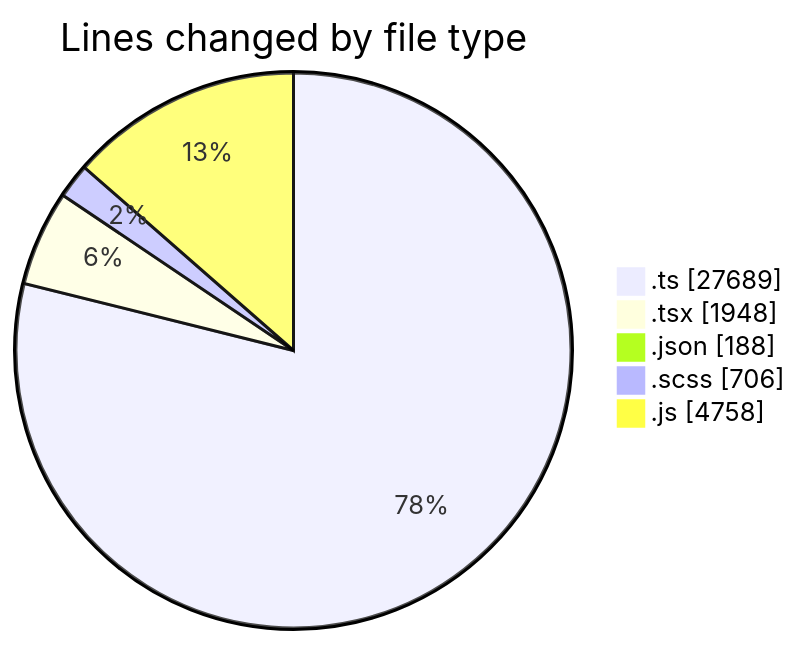
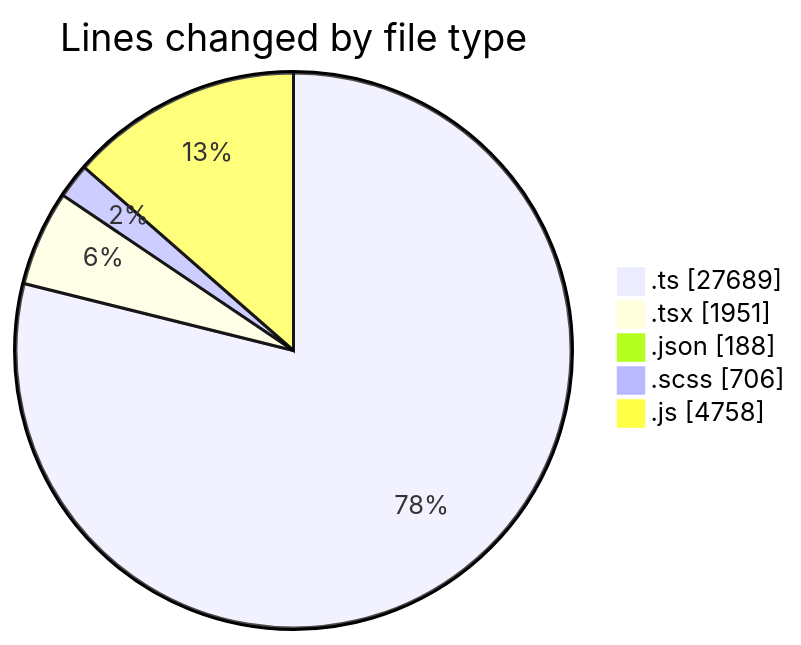
Before and after one commit to momahboobian/code-tracking: the first of 2 diagrams in 2026-05-07/cda/README.md, drawn with Mermaid. The commit also changed other lines of this file and 1 other file, not shown here.

````diff
--- a/2026-05-07/cda/README.md
+++ b/2026-05-07/cda/README.md
@@ -46,9 +46,9 @@
 ```mermaid
 pie showData
 title Lines changed by file type
 ".ts" : 27689
-".tsx" : 1948
+".tsx" : 1951
 ".json" : 188
 ".scss" : 706
 ".js" : 4758
 ```
````
